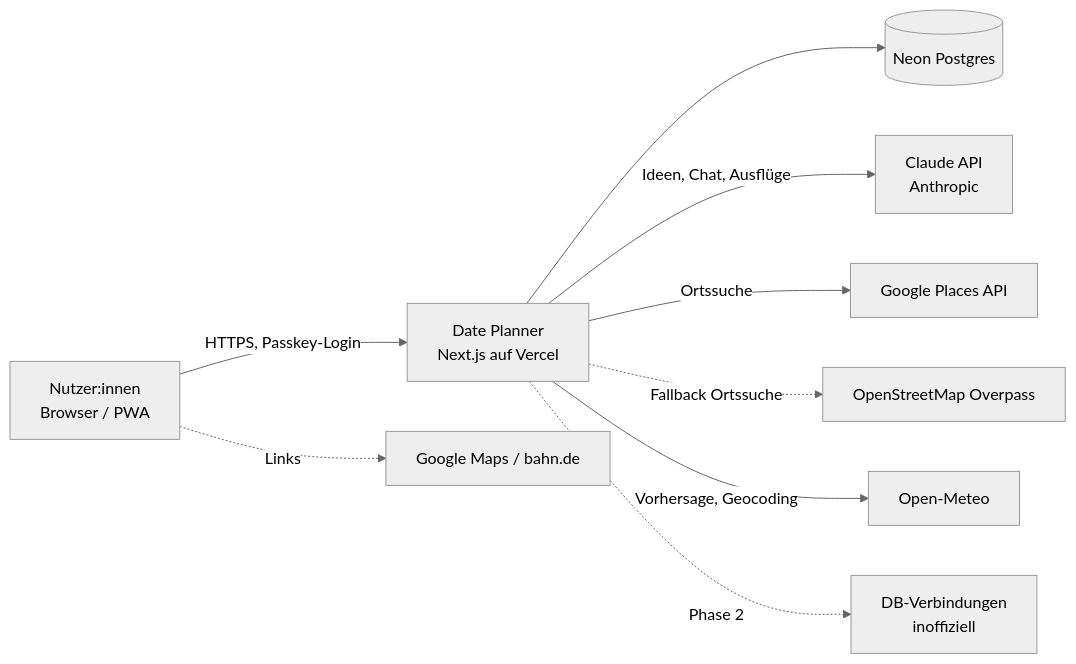
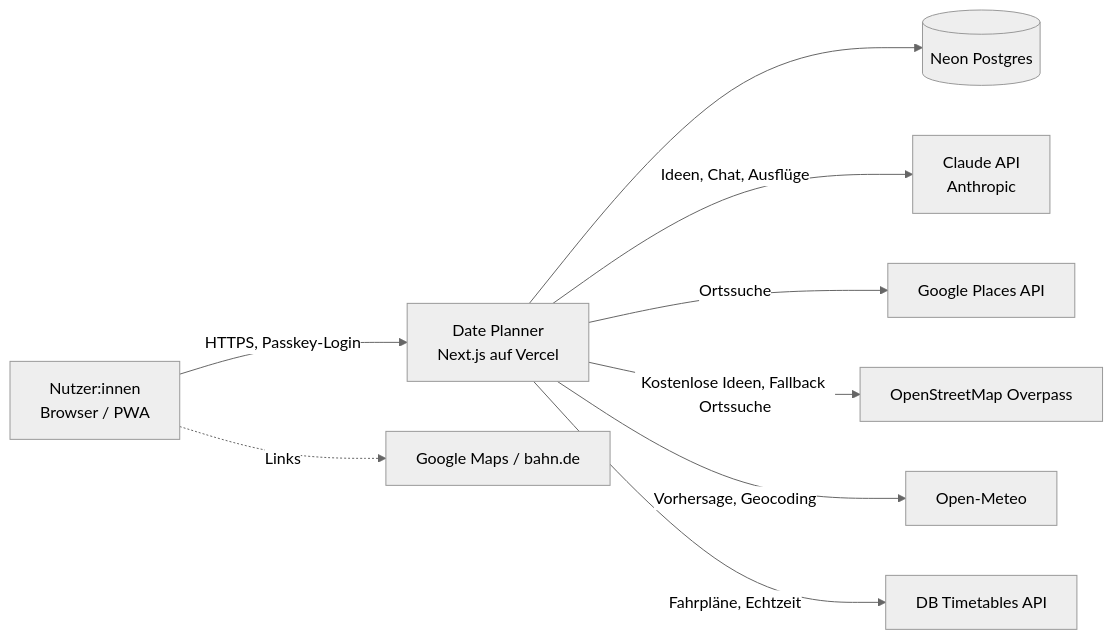
Before and after one commit to kebrob/date-planner: the diagram in docs/arc42/03-kontextabgrenzung.md, drawn with Mermaid (neutral theme). The commit also changed other lines of this file and 3 other files, not shown here.

Commit message:
docs: sync roadmap and risks with implemented features

````diff
--- a/docs/arc42/03-kontextabgrenzung.md
+++ b/docs/arc42/03-kontextabgrenzung.md
@@ -3,11 +3,11 @@
 ```mermaid
 flowchart LR
     U[Nutzer:innen<br/>Browser / PWA] -->|HTTPS, Passkey-Login| APP[Date Planner<br/>Next.js auf Vercel]
     APP --> DB[(Neon Postgres)]
     APP -->|Ideen, Chat, Ausflüge| CLAUDE[Claude API<br/>Anthropic]
     APP -->|Ortssuche| GP[Google Places API]
-    APP -.->|Fallback Ortssuche| OSM[OpenStreetMap Overpass]
+    APP -->|Kostenlose Ideen, Fallback Ortssuche| OSM[OpenStreetMap Overpass]
     APP -->|Vorhersage, Geocoding| OM[Open-Meteo]
-    APP -.->|Phase 2| DBV[DB-Verbindungen<br/>inoffiziell]
+    APP -->|Fahrpläne, Echtzeit| DBV[DB Timetables API]
     U -.->|Links| GM[Google Maps / bahn.de]
 ```
````
